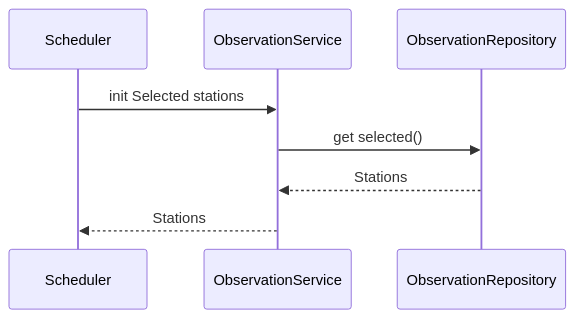
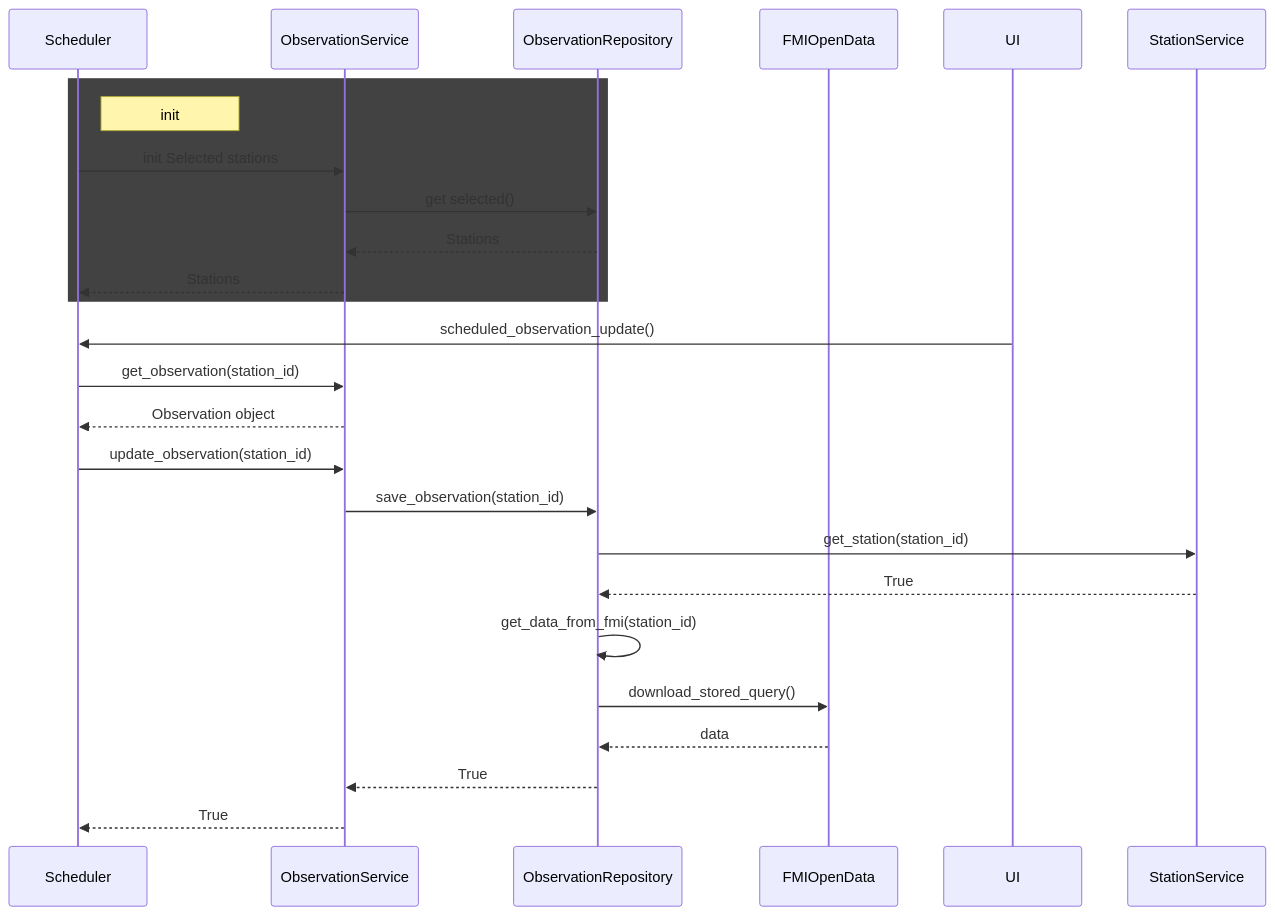
The seventh of 7 diagrams in dokumentaatio/architecture.md (mcpaulafi/ot-harjoitustyo), drawn with Mermaid before and after one commit. The commit also changed other lines of this file and 2 other files, not shown here.

````diff
--- a/dokumentaatio/architecture.md
+++ b/dokumentaatio/architecture.md
@@ -204,12 +264,29 @@
 ```mermaid
 sequenceDiagram
     participant Scheduler
     participant ObservationService
     participant ObservationRepository
-    
+    participant FMIOpenData
+
+    rect rgb(66, 66, 66)
+    note right of Scheduler: init
     Scheduler->>ObservationService: init Selected stations
     ObservationService->>ObservationRepository: get selected()
     ObservationRepository-->>ObservationService: Stations
     ObservationService-->>Scheduler: Stations
+    end
+
+    UI->>Scheduler: scheduled_observation_update()
+    Scheduler->>ObservationService: get_observation(station_id)
+    ObservationService-->>Scheduler: Observation object
+    Scheduler->>ObservationService: update_observation(station_id)
+    ObservationService->>ObservationRepository: save_observation(station_id)
+    ObservationRepository->>StationService: get_station(station_id)
+    StationService-->>ObservationRepository: True
+    ObservationRepository->>ObservationRepository: get_data_from_fmi(station_id)
+    ObservationRepository->>FMIOpenData: download_stored_query()
+    FMIOpenData-->>ObservationRepository: data
+    ObservationRepository-->>ObservationService: True
+    ObservationService-->>Scheduler:True
 
 ```
````
